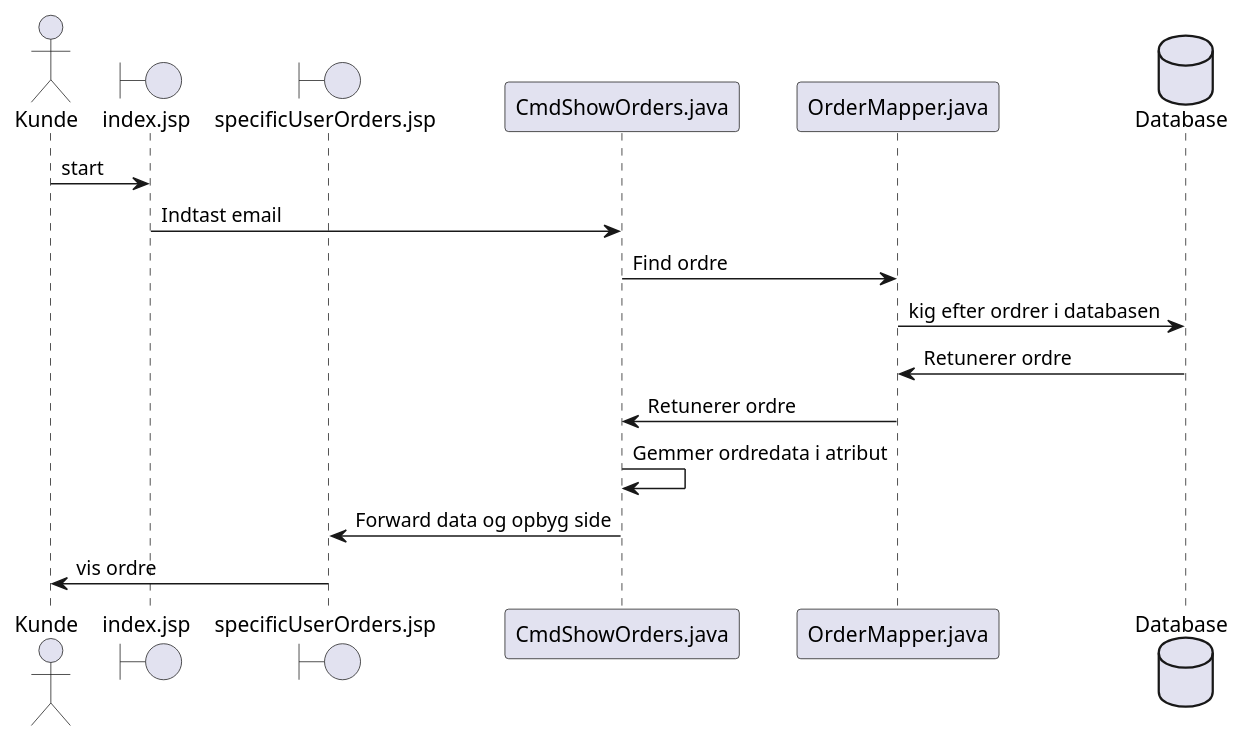
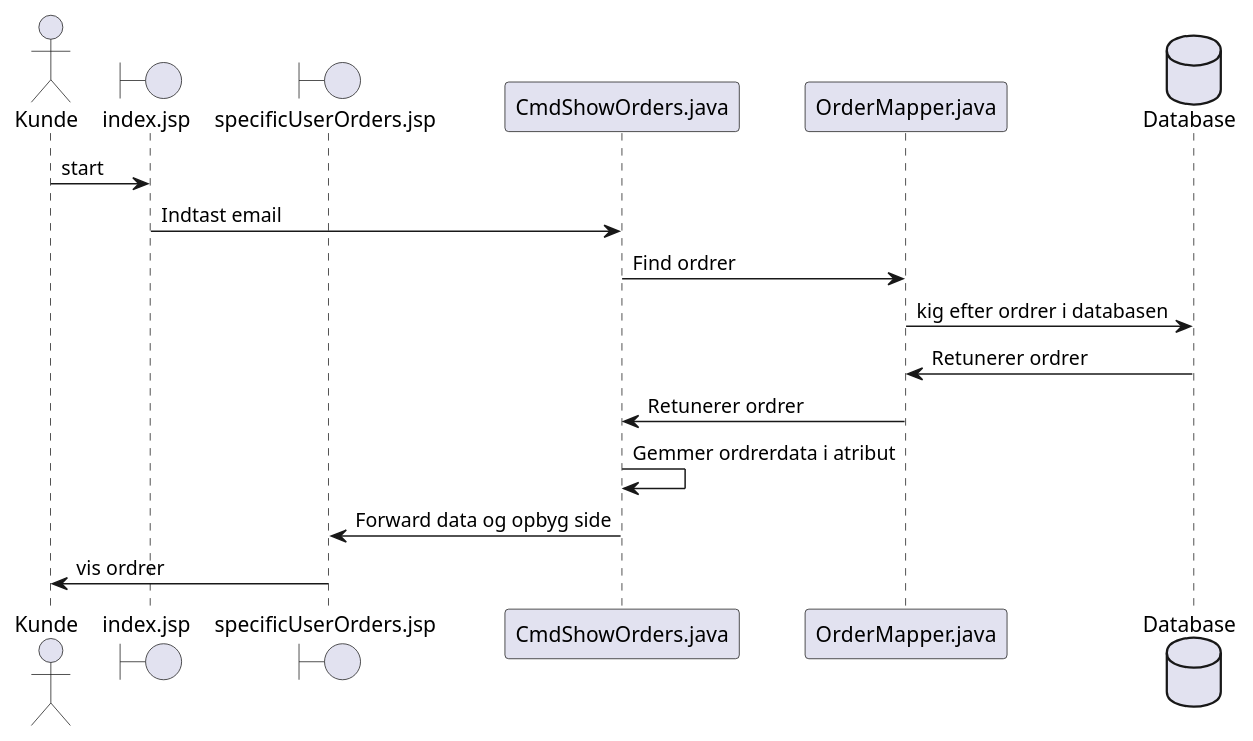
Before and after one commit to NikolajX4000/Sem2Exam: the diagram in src/main/java/UML/SequenceDiagram_ViewOrder.puml, drawn with PlantUML. The commit also changed 5 other files, not shown here.

Commit message:
SequenceDiagram

```diff
--- a/src/main/java/UML/SequenceDiagram_ViewOrder.puml
+++ b/src/main/java/UML/SequenceDiagram_ViewOrder.puml
@@ -1,27 +1,27 @@
 @startuml
 
 actor Kunde
 
 boundary "index.jsp" as index
 
 boundary "specificUserOrders.jsp" as suo
 
 participant "CmdShowOrders.java" as cmd
 
 participant "OrderMapper.java" as OM
 
 database "Database" as DB
 
 
 Kunde -> index : start
 index -> cmd : Indtast email
-cmd -> OM : Find ordre
+cmd -> OM : Find ordrer
 OM -> DB : kig efter ordrer i databasen
-DB -> OM : Retunerer ordre
-OM -> cmd : Retunerer ordre
-cmd -> cmd : Gemmer ordredata i atribut
+DB -> OM : Retunerer ordrer
+OM -> cmd : Retunerer ordrer
+cmd -> cmd : Gemmer ordrerdata i atribut
 cmd -> suo : Forward data og opbyg side
-suo -> Kunde : vis ordre
+suo -> Kunde : vis ordrer
 
 
 @enduml
```
